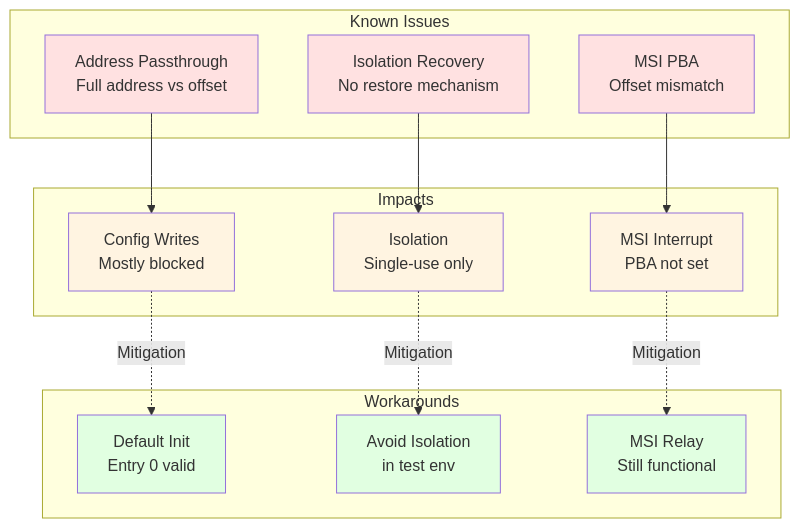
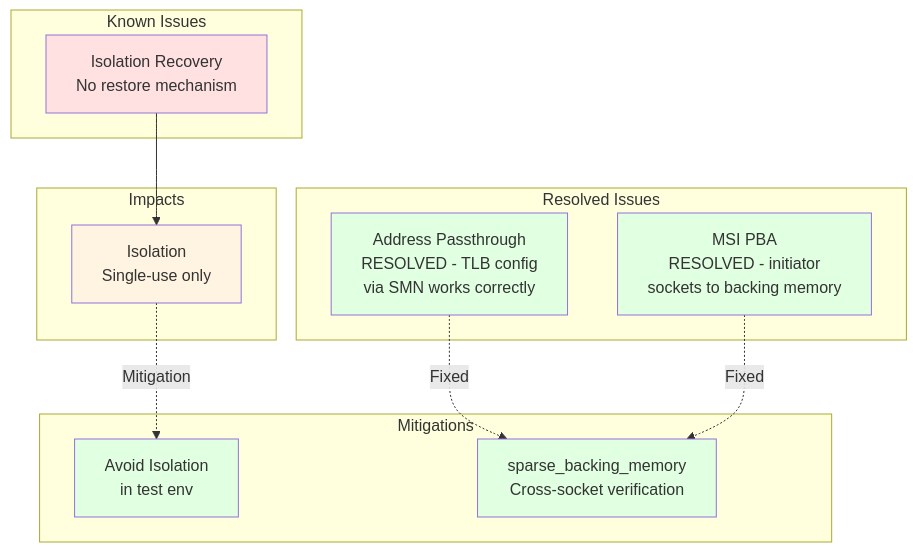
Before and after one commit to pdroyTT/Keraunos_PCIe_TILE: diagram 25 of 27 in docs_source/hld.md, drawn with Mermaid. The commit also changed other lines of this file and 744 other files, not shown here.

````diff
--- a/docs_source/hld.md
+++ b/docs_source/hld.md
@@ -1725,38 +1726,33 @@
 ```{mermaid}
 graph TB
     subgraph "Known Issues"
-        PASS[Address Passthrough<br/>Full address vs offset]
         ISOL[Isolation Recovery<br/>No restore mechanism]
-        MSI[MSI PBA<br/>Offset mismatch]
+    end
+    
+    subgraph "Resolved Issues"
+        PASS[Address Passthrough<br/>RESOLVED - TLB config<br/>via SMN works correctly]
+        MSI[MSI PBA<br/>RESOLVED - initiator<br/>sockets to backing memory]
     end
     
     subgraph "Impacts"
-        CFG[Config Writes<br/>Mostly blocked]
         REC[Isolation<br/>Single-use only]
-        INT[MSI Interrupt<br/>PBA not set]
     end
     
-    subgraph "Workarounds"
-        DEF[Default Init<br/>Entry 0 valid]
+    subgraph "Mitigations"
         AVOID[Avoid Isolation<br/>in test env]
-        RELAY[MSI Relay<br/>Still functional]
+        BACK[sparse_backing_memory<br/>Cross-socket verification]
     end
     
-    PASS --> CFG
     ISOL --> REC
-    MSI --> INT
     
-    CFG -.->|Mitigation| DEF
     REC -.->|Mitigation| AVOID
-    INT -.->|Mitigation| RELAY
+    PASS -.->|Fixed| BACK
+    MSI -.->|Fixed| BACK
     
-    style PASS fill:#ffe1e1
+    style PASS fill:#e1ffe1
     style ISOL fill:#ffe1e1
-    style MSI fill:#ffe1e1
-    style CFG fill:#fff4e1
+    style MSI fill:#e1ffe1
     style REC fill:#fff4e1
-    style INT fill:#fff4e1
-    style DEF fill:#e1ffe1
     style AVOID fill:#e1ffe1
-    style RELAY fill:#e1ffe1
+    style BACK fill:#e1ffe1
 ```
````
